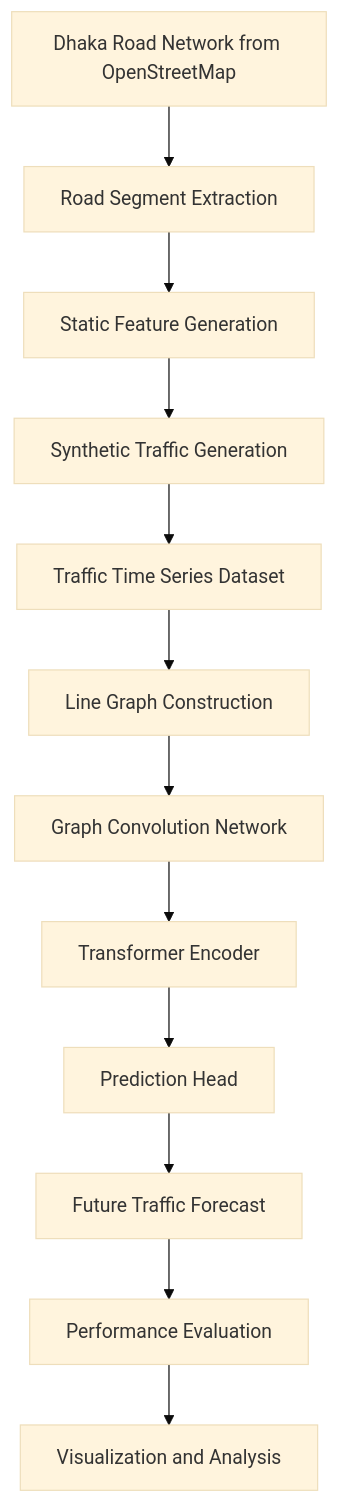
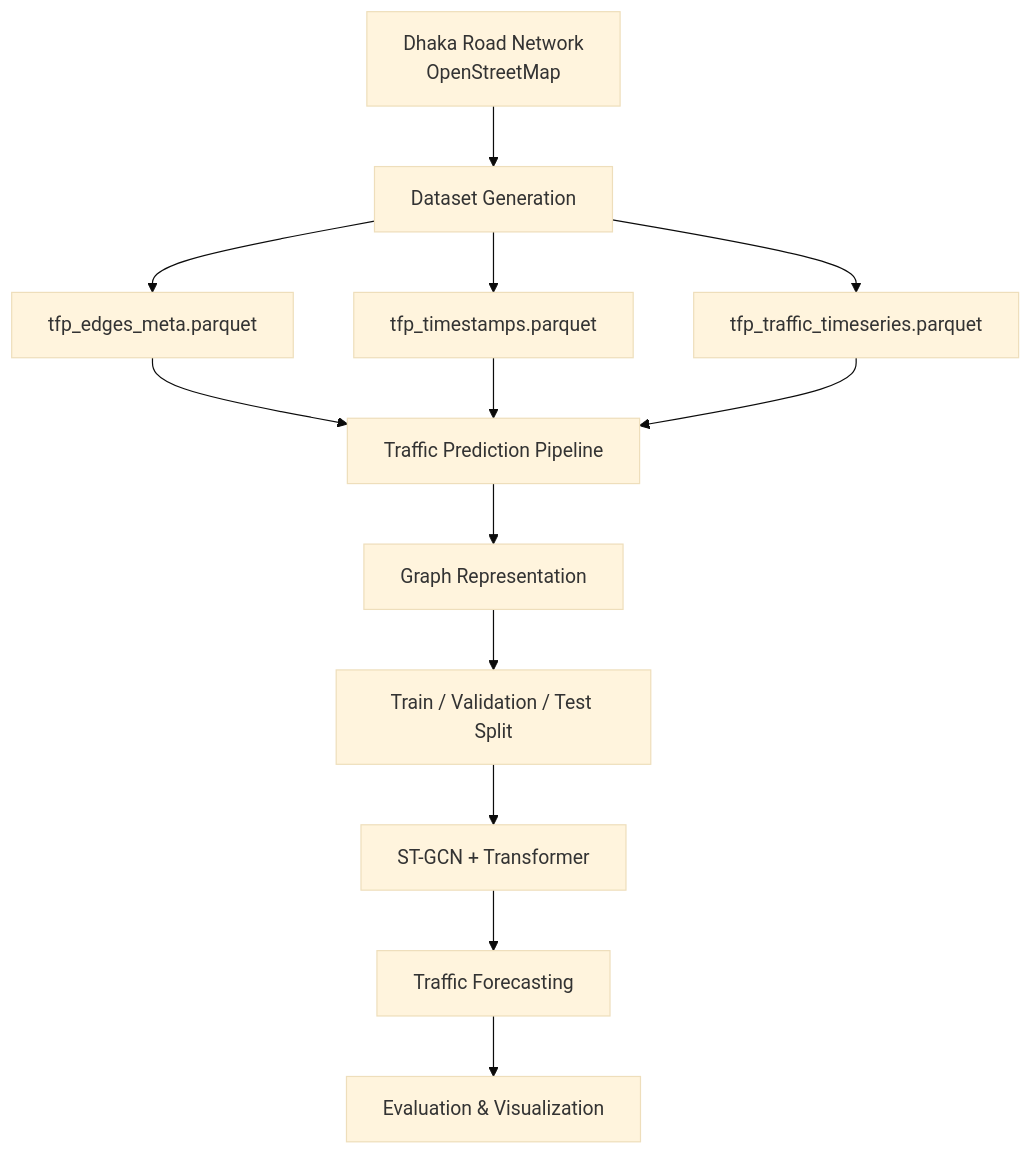
Before and after one commit to Traffic-Flow/Traffic-Flow-Prediction: the first of 2 diagrams in README.md, drawn with Mermaid (base theme). The commit also changed other lines of this file, not shown here.

````diff
--- a/README.md
+++ b/README.md
@@ -18,27 +18,25 @@
 ```mermaid
 flowchart TD
 
-A[Dhaka Road Network from OpenStreetMap]
+A[Dhaka Road Network<br>OpenStreetMap]
 
-A --> B[Road Segment Extraction]
+A --> B[Dataset Generation]
 
-B --> C[Static Feature Generation]
+B --> C1[tfp_edges_meta.parquet]
+B --> C2[tfp_timestamps.parquet]
+B --> C3[tfp_traffic_timeseries.parquet]
 
-C --> D[Synthetic Traffic Generation]
+C1 --> D[Traffic Prediction Pipeline]
+C2 --> D
+C3 --> D
 
-D --> E[Traffic Time Series Dataset]
+D --> E[Graph Representation]
 
-E --> F[Line Graph Construction]
+E --> F[Train / Validation / Test Split]
 
-F --> G[Graph Convolution Network]
+F --> G[ST-GCN + Transformer]
 
-G --> H[Transformer Encoder]
+G --> H[Traffic Forecasting]
 
-H --> I[Prediction Head]
-
-I --> J[Future Traffic Forecast]
-
-J --> K[Performance Evaluation]
-
-K --> L[Visualization and Analysis]
+H --> I[Evaluation & Visualization]
 ```
````
